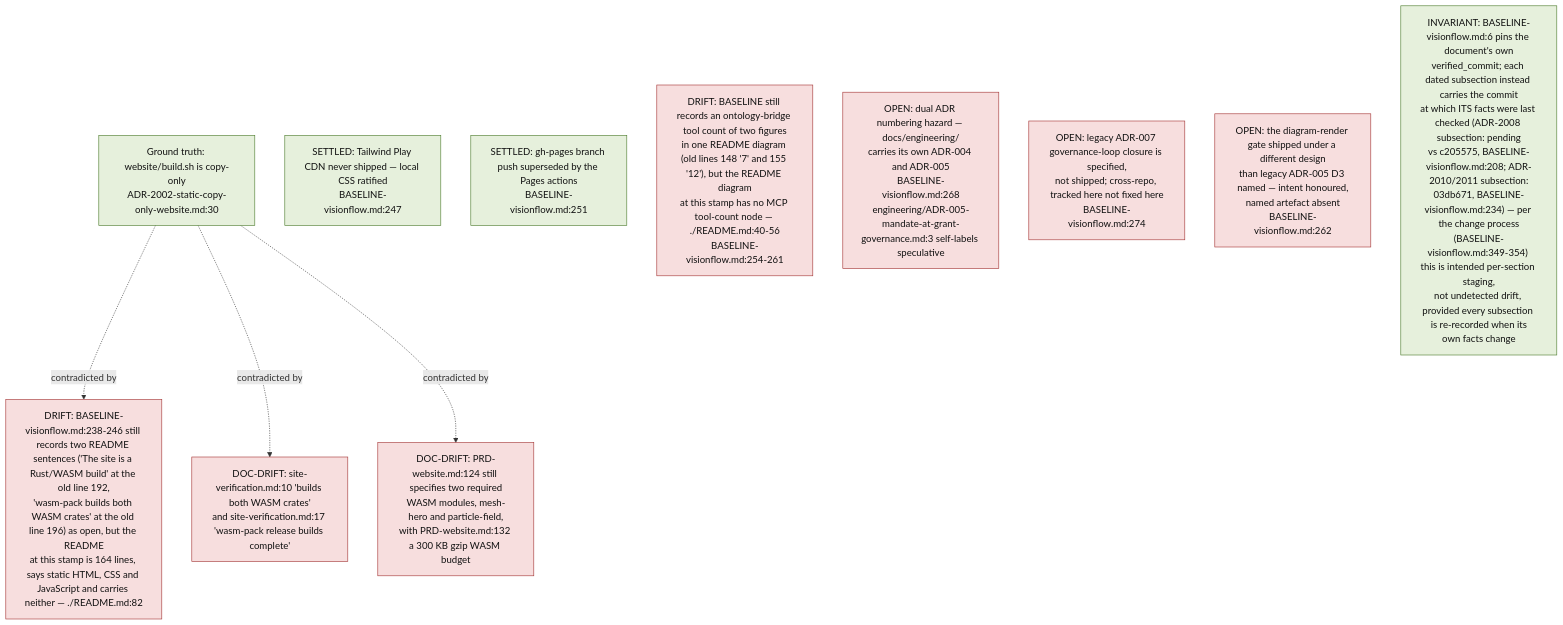
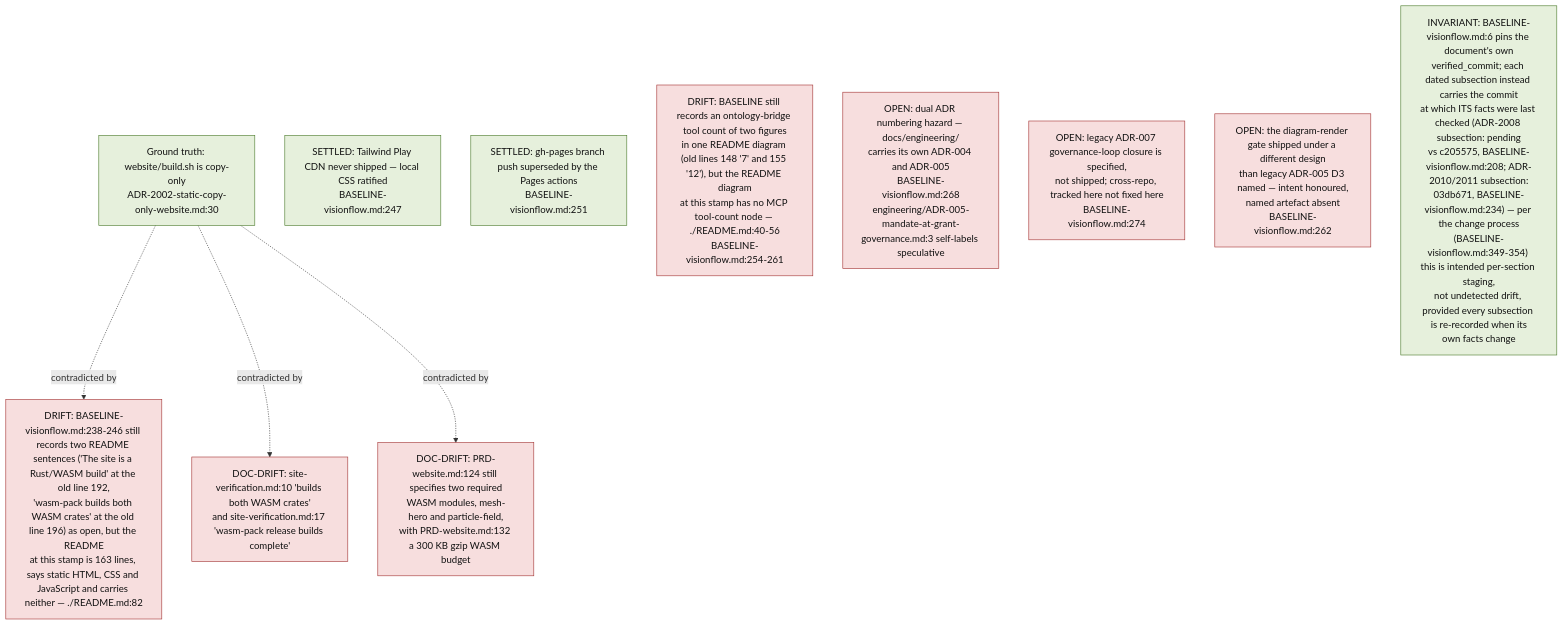
One commit to DreamLab-AI/VisionFlow changed the eighth of 11 diagrams in docs/diagrams/visionflow/01-repo-composition-and-canon.md. Above: the diagram before and after it, drawn with Mermaid. The commit also changed other lines of this file and 91 other files, not shown here.

````diff
--- a/docs/diagrams/visionflow/01-repo-composition-and-canon.md
+++ b/docs/diagrams/visionflow/01-repo-composition-and-canon.md
@@ -312,24 +328,24 @@
 ```mermaid
 flowchart TB
     classDef drift fill:#f7dede,stroke:#a33333,color:#111
     classDef settled fill:#e6f0dc,stroke:#4a7a2a,color:#111
 
     SRC["Ground truth: website/build.sh is copy-only<br/>ADR-2002-static-copy-only-website.md:30"]:::settled
 
-    D1["DRIFT: BASELINE-visionflow.md:238-246 still records two README sentences ('The site is a Rust/WASM build' at the old line 192,<br/>'wasm-pack builds both WASM crates' at the old line 196) as open, but the README<br/>at this stamp is 164 lines, says static HTML, CSS and JavaScript and carries neither — ./README.md:82"]:::drift
+    D1["DRIFT: BASELINE-visionflow.md:238-246 still records two README sentences ('The site is a Rust/WASM build' at the old line 192,<br/>'wasm-pack builds both WASM crates' at the old line 196) as open, but the README<br/>at this stamp is 163 lines, says static HTML, CSS and JavaScript and carries neither — ./README.md:82"]:::drift
     D2["DOC-DRIFT: site-verification.md:10 'builds both WASM crates'<br/>and site-verification.md:17 'wasm-pack release builds complete'"]:::drift
     D3["DOC-DRIFT: PRD-website.md:124 still specifies two required<br/>WASM modules, mesh-hero and particle-field,<br/>with PRD-website.md:132 a 300 KB gzip WASM budget"]:::drift
     SRC -.->|"contradicted by"| D1
     SRC -.->|"contradicted by"| D2
     SRC -.->|"contradicted by"| D3
 
     S1["SETTLED: Tailwind Play CDN never shipped — local CSS ratified<br/>BASELINE-visionflow.md:247"]:::settled
     S2["SETTLED: gh-pages branch push superseded by the Pages actions<br/>BASELINE-visionflow.md:251"]:::settled
 
     O1["DRIFT: BASELINE still records an ontology-bridge tool count of two figures<br/>in one README diagram (old lines 148 '7' and 155 '12'), but the README diagram<br/>at this stamp has no MCP tool-count node — ./README.md:40-56<br/>BASELINE-visionflow.md:254-261"]:::drift
     O2["OPEN: dual ADR numbering hazard — docs/engineering/<br/>carries its own ADR-004 and ADR-005<br/>BASELINE-visionflow.md:268<br/>engineering/ADR-005-mandate-at-grant-governance.md:3 self-labels speculative"]:::drift
     O3["OPEN: legacy ADR-007 governance-loop closure is specified,<br/>not shipped; cross-repo, tracked here not fixed here<br/>BASELINE-visionflow.md:274"]:::drift
     O4["OPEN: the diagram-render gate shipped under a different design<br/>than legacy ADR-005 D3 named — intent honoured,<br/>named artefact absent<br/>BASELINE-visionflow.md:262"]:::drift
 
     INV["INVARIANT: BASELINE-visionflow.md:6 pins the document's own<br/>verified_commit; each dated subsection instead carries the commit<br/>at which ITS facts were last checked (ADR-2008 subsection: pending<br/>vs c205575, BASELINE-visionflow.md:208; ADR-2010/2011 subsection:<br/>03db671, BASELINE-visionflow.md:234) — per the change process<br/>(BASELINE-visionflow.md:349-354) this is intended per-section staging,<br/>not undetected drift, provided every subsection is re-recorded when its<br/>own facts change"]:::settled
 ```
````
